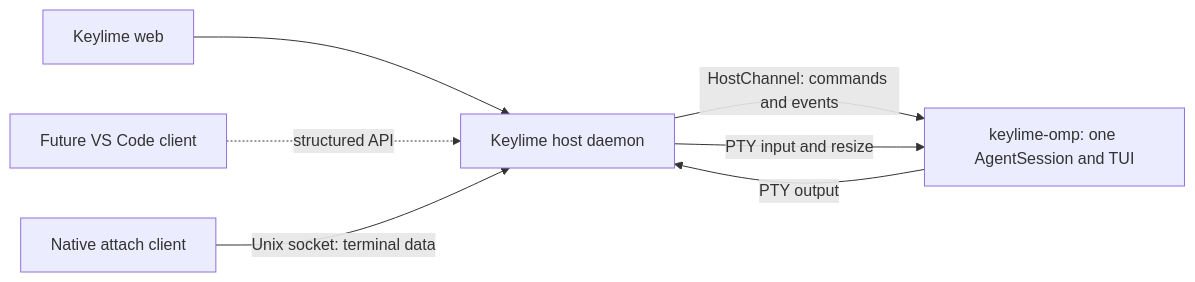
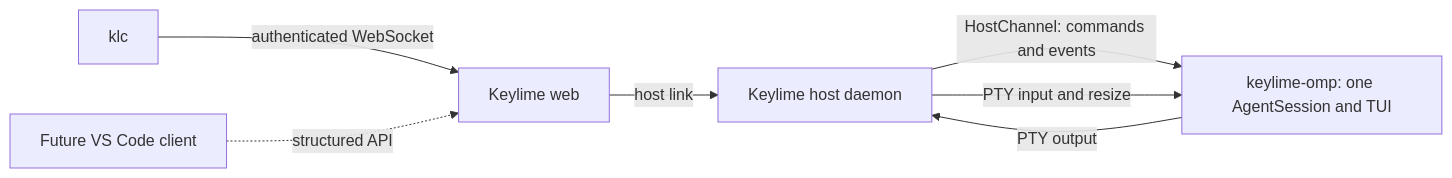
The diagram in docs/terminal.md (mcowger/keylime), drawn with Mermaid before and after one commit. The commit also changed other lines of this file and 43 other files, not shown here.

First line of the commit message:
feat(terminal): Added native klc client for sharing terminal sessions

````diff
--- a/docs/terminal.md
+++ b/docs/terminal.md
@@ -24,9 +36,9 @@
 ```mermaid
 flowchart LR
-    Web[Keylime web] --> Broker[Keylime host daemon]
-    VSCode[Future VS Code client] -. structured API .-> Broker
-    Attach[Native attach client] -->|Unix socket: terminal data| Broker
+    Attach[klc] -->|authenticated WebSocket| Web[Keylime web]
+    Web -->|host link| Broker[Keylime host daemon]
+    VSCode[Future VS Code client] -. structured API .-> Web
     Broker -->|HostChannel: commands and events| Runner[keylime-omp: one AgentSession and TUI]
     Broker -->|PTY input and resize| Runner
     Runner -->|PTY output| Broker
 ```
````
